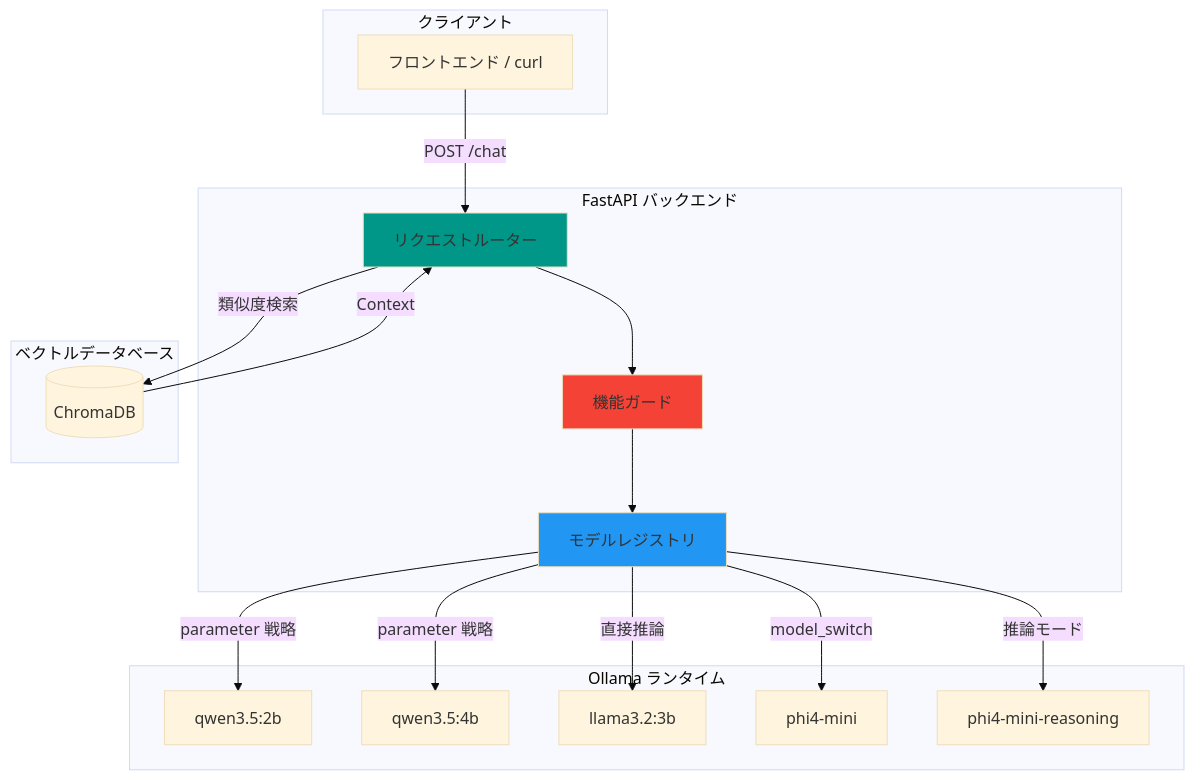
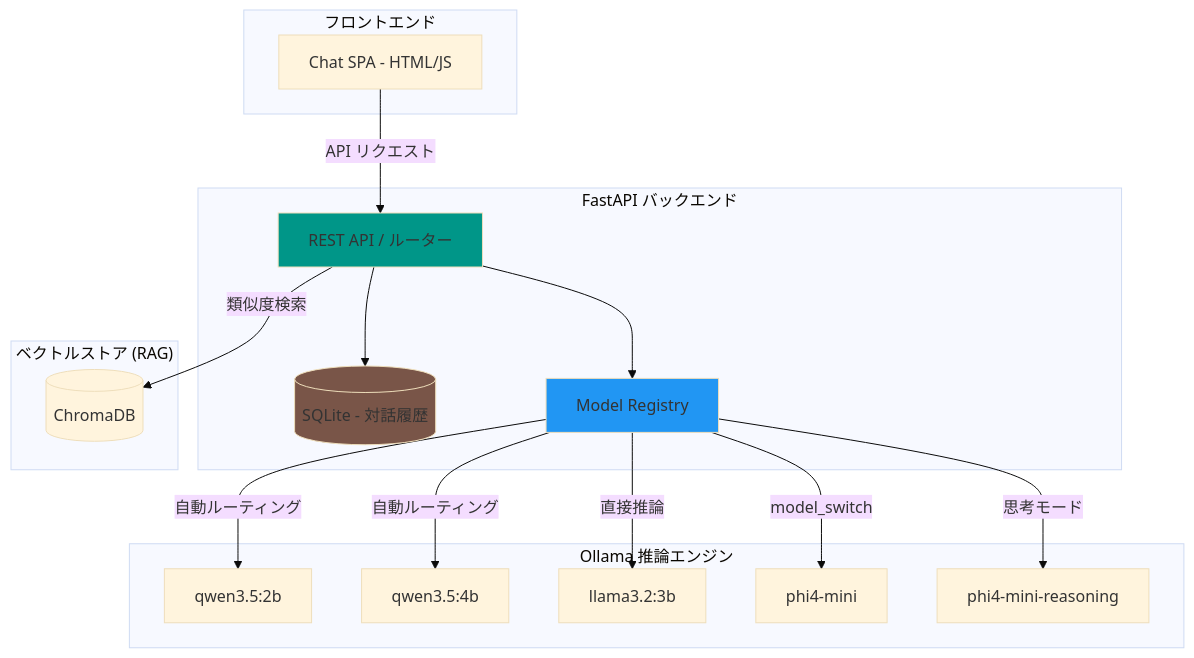
The diagram in README.ja.md (mile-chang/rag-kura), drawn with Mermaid (base theme) before and after one commit. The commit also changed other lines of this file and 2 other files, not shown here.

````diff
--- a/README.ja.md
+++ b/README.ja.md
@@ -40,39 +40,38 @@
 ```mermaid
 graph TB
-    subgraph "クライアント"
-        FE[フロントエンド / curl]
+    subgraph "フロントエンド"
+        UI[Chat SPA - HTML/JS]
     end
 
     subgraph "FastAPI バックエンド"
-        ROUTER[リクエストルーター]
-        GUARD[機能ガード]
-        REG[モデルレジストリ]
+        ROUTER[REST API / ルーター]
+        DB[(SQLite - 対話履歴)]
+        REG[Model Registry]
     end
 
-    subgraph "Ollama ランタイム"
+    subgraph "ベクトルストア (RAG)"
+        CHROMA[(ChromaDB)]
+    end
+
+    subgraph "Ollama 推論エンジン"
         Q2[qwen3.5:2b]
         Q4[qwen3.5:4b]
         L3[llama3.2:3b]
         P4[phi4-mini]
         P4R[phi4-mini-reasoning]
     end
 
-    subgraph "ベクトルデータベース"
-        CHROMA[(ChromaDB)]
-    end
-
-    FE -->|POST /chat| ROUTER
+    UI -->|API リクエスト| ROUTER
+    ROUTER --> DB
     ROUTER -->|類似度検索| CHROMA
-    CHROMA -->|Context| ROUTER
-    ROUTER --> GUARD
-    GUARD --> REG
-    REG -->|parameter 戦略| Q2
-    REG -->|parameter 戦略| Q4
+    ROUTER --> REG
+    REG -->|自動ルーティング| Q2
+    REG -->|自動ルーティング| Q4
     REG -->|直接推論| L3
     REG -->|model_switch| P4
-    REG -->|推論モード| P4R
+    REG -->|思考モード| P4R
 
     style ROUTER fill:#009688
-    style GUARD fill:#F44336
+    style DB fill:#795548
     style REG fill:#2196F3
 ```
````
